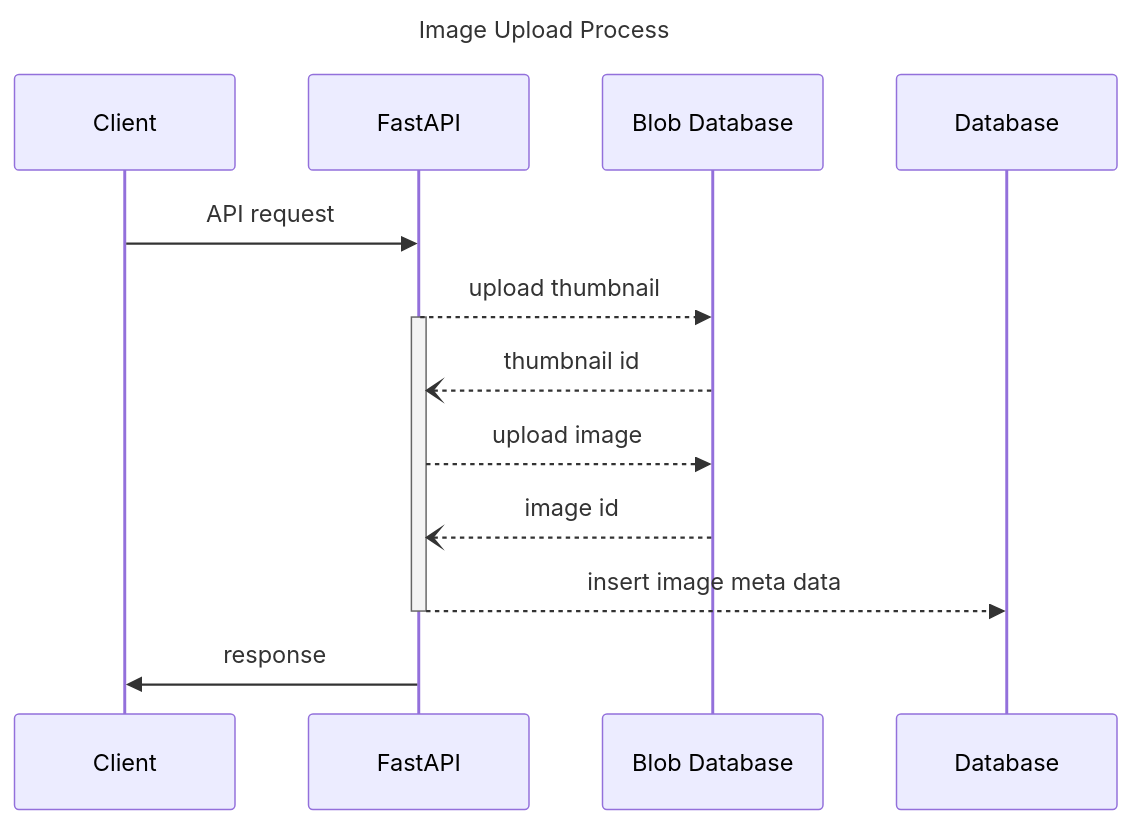
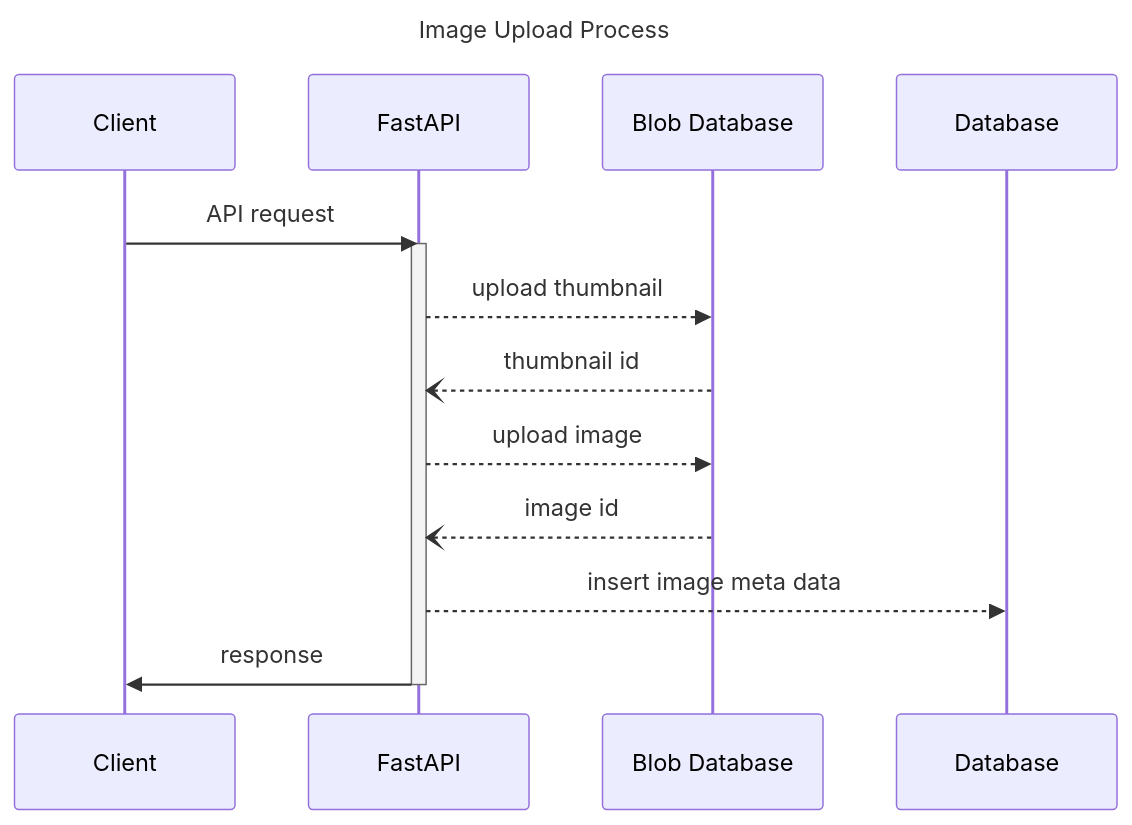
One commit to djccnt15/djccnt15.github.io changed the second of 3 diagrams in docs/portfolio/vision.md. Above: the diagram before and after it, drawn with Mermaid. The commit also changed other lines of this file and 1 other file, not shown here.

Commit message:
minor update diagrams in portfolio

````diff
--- a/docs/portfolio/vision.md
+++ b/docs/portfolio/vision.md
@@ -158,15 +158,15 @@
 ```mermaid
 ---
 title: Image Upload Process
 ---
 sequenceDiagram
     Client ->> FastAPI: API request
+    activate FastAPI
     FastAPI -->> Blob Database: upload thumbnail
-    activate FastAPI
     Blob Database --) FastAPI: thumbnail id
     FastAPI -->> Blob Database: upload image
     Blob Database --) FastAPI: image id
     FastAPI -->> Database: insert image meta data
+    FastAPI ->> Client: response
     deactivate FastAPI
-    FastAPI ->> Client: response
 ```
````
